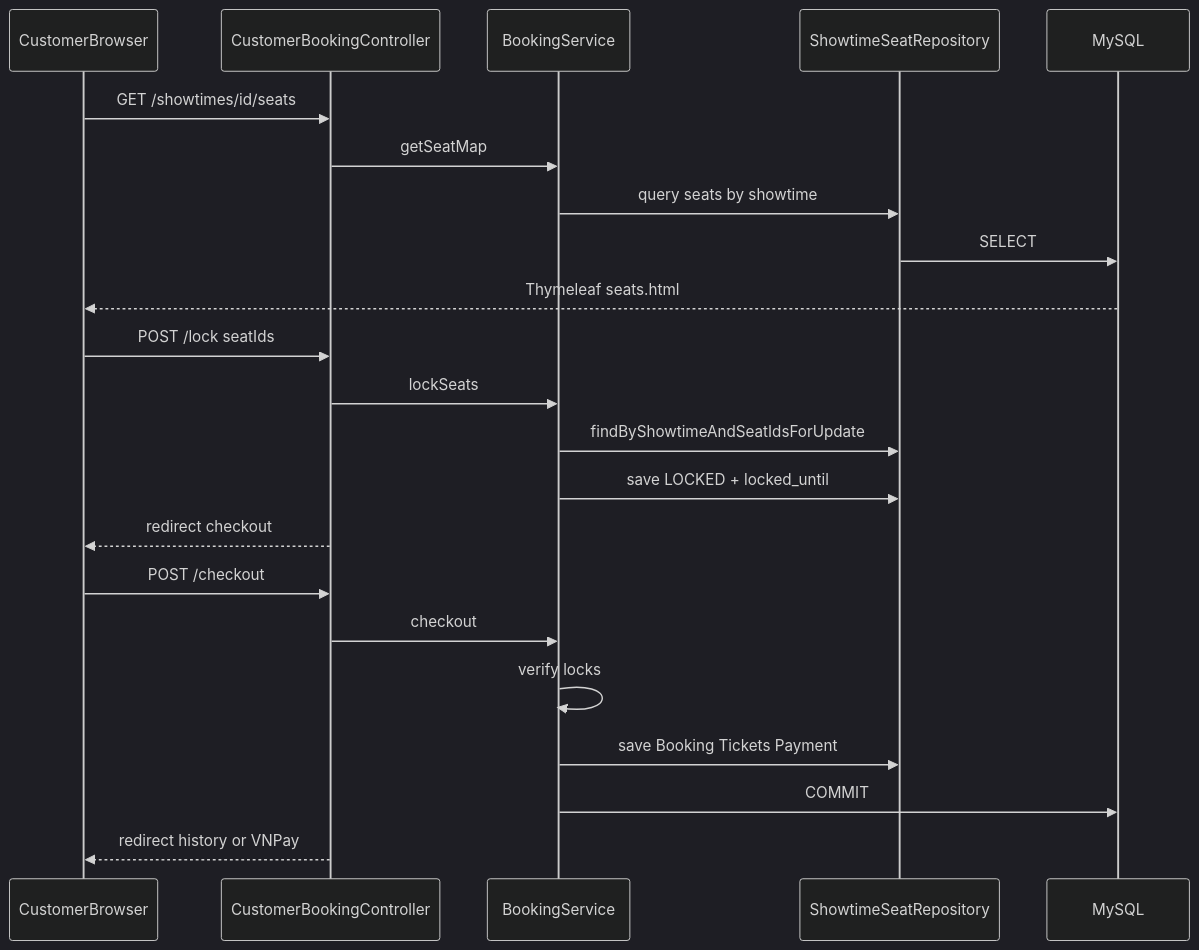
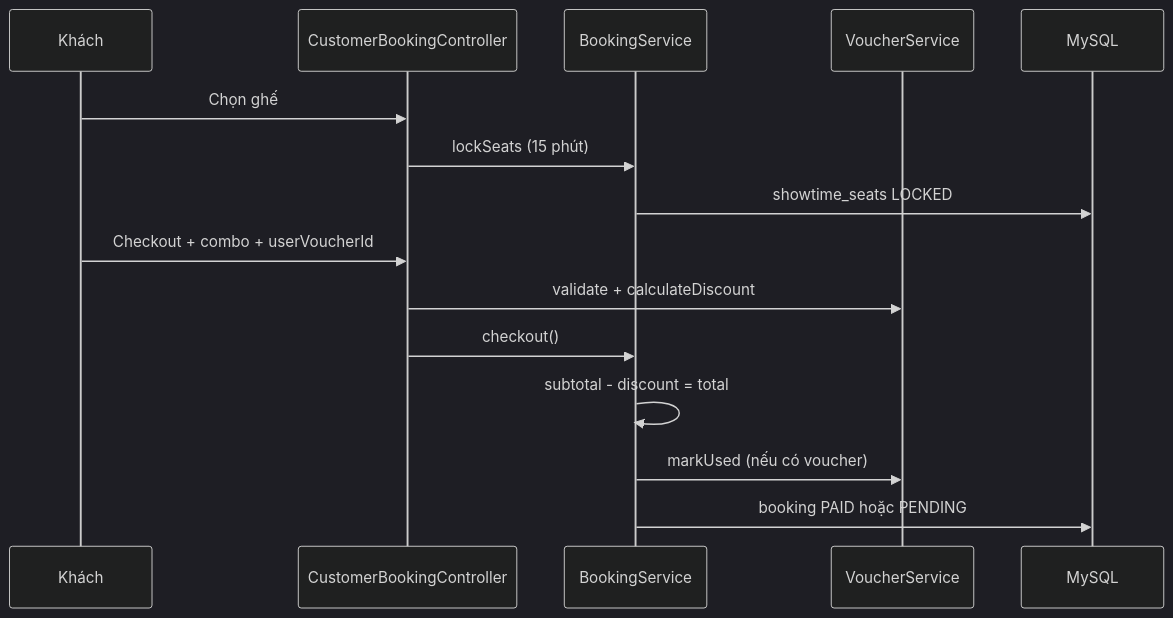
Before and after one commit to HOANGDINHTUNG/CINEMA_MOVIE_BOOKING_SYSTEM: the third of 3 diagrams in docs/ARCHITECTURE_REPORT.md, drawn with Mermaid (dark theme). The commit also changed other lines of this file and 127 other files, not shown here.

````diff
--- a/docs/ARCHITECTURE_REPORT.md
+++ b/docs/ARCHITECTURE_REPORT.md
@@ -312,27 +464,18 @@
 ```mermaid
 sequenceDiagram
-    participant U as CustomerBrowser
+    participant K as Khách
     participant C as CustomerBookingController
-    participant S as BookingService
-    participant R as ShowtimeSeatRepository
+    participant B as BookingService
+    participant V as VoucherService
     participant DB as MySQL
 
-    U->>C: GET /showtimes/id/seats
-    C->>S: getSeatMap
-    S->>R: query seats by showtime
-    R->>DB: SELECT
-    DB-->>U: Thymeleaf seats.html
-
-    U->>C: POST /lock seatIds
-    C->>S: lockSeats
-    S->>R: findByShowtimeAndSeatIdsForUpdate
-    S->>R: save LOCKED + locked_until
-    C-->>U: redirect checkout
-
-    U->>C: POST /checkout
-    C->>S: checkout
-    S->>S: verify locks
-    S->>R: save Booking Tickets Payment
-    S->>DB: COMMIT
-    C-->>U: redirect history or VNPay
+    K->>C: Chọn ghế
+    C->>B: lockSeats (15 phút)
+    B->>DB: showtime_seats LOCKED
+    K->>C: Checkout + combo + userVoucherId
+    C->>V: validate + calculateDiscount
+    C->>B: checkout()
+    B->>B: subtotal - discount = total
+    B->>V: markUsed (nếu có voucher)
+    B->>DB: booking PAID hoặc PENDING
 ```
````
